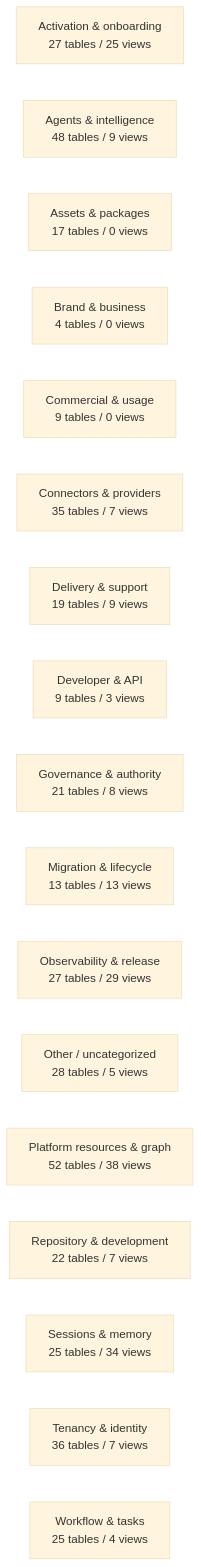
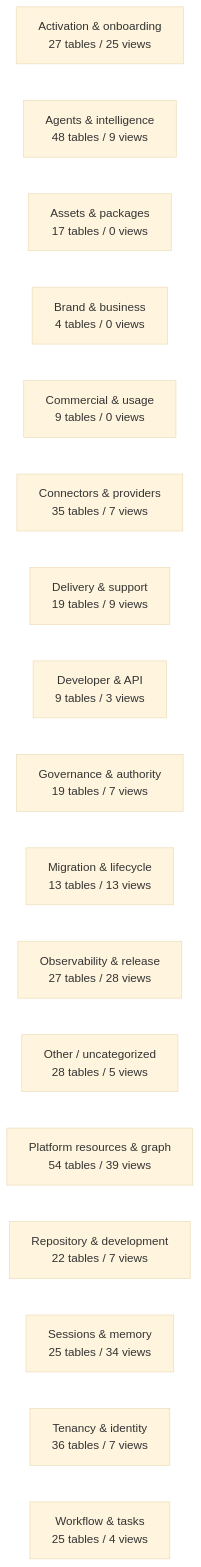
The diagram in docs/work-maps/data-model-domain-map.md (mad4bdigital-ai/multi-business-multi-role-growth-intelligence-os), drawn with Mermaid (base theme) before and after one commit. The commit also changed other lines of this file and 15 other files, not shown here.

````diff
--- a/docs/work-maps/data-model-domain-map.md
+++ b/docs/work-maps/data-model-domain-map.md
@@ -9,20 +9,20 @@
 ```mermaid
 flowchart LR
   n_Activation___onboarding["Activation & onboarding<br/>27 tables / 25 views"]
   n_Agents___intelligence["Agents & intelligence<br/>48 tables / 9 views"]
   n_Assets___packages["Assets & packages<br/>17 tables / 0 views"]
   n_Brand___business["Brand & business<br/>4 tables / 0 views"]
   n_Commercial___usage["Commercial & usage<br/>9 tables / 0 views"]
   n_Connectors___providers["Connectors & providers<br/>35 tables / 7 views"]
   n_Delivery___support["Delivery & support<br/>19 tables / 9 views"]
   n_Developer___API["Developer & API<br/>9 tables / 3 views"]
-  n_Governance___authority["Governance & authority<br/>21 tables / 8 views"]
+  n_Governance___authority["Governance & authority<br/>19 tables / 7 views"]
   n_Migration___lifecycle["Migration & lifecycle<br/>13 tables / 13 views"]
-  n_Observability___release["Observability & release<br/>27 tables / 29 views"]
+  n_Observability___release["Observability & release<br/>27 tables / 28 views"]
   n_Other___uncategorized["Other / uncategorized<br/>28 tables / 5 views"]
-  n_Platform_resources___graph["Platform resources & graph<br/>52 tables / 38 views"]
+  n_Platform_resources___graph["Platform resources & graph<br/>54 tables / 39 views"]
   n_Repository___development["Repository & development<br/>22 tables / 7 views"]
   n_Sessions___memory["Sessions & memory<br/>25 tables / 34 views"]
   n_Tenancy___identity["Tenancy & identity<br/>36 tables / 7 views"]
   n_Workflow___tasks["Workflow & tasks<br/>25 tables / 4 views"]
 ```
````
